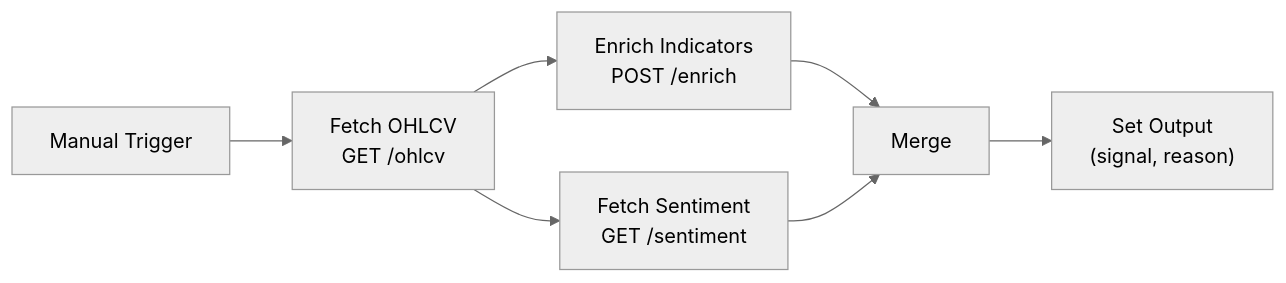
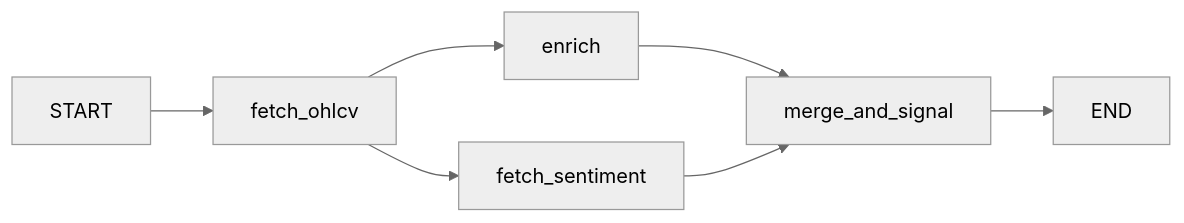
Before and after one commit to vaghblogger/stockAnalyser: the second of 7 diagrams in ARCHITECTURE.md, drawn with Mermaid (neutral theme). The commit also changed other lines of this file and 21 other files, not shown here.

First line of the commit message:
Sync docs and code: graph module, cache, API routes, static assets, CHANGE_SUMMARY

````diff
--- a/ARCHITECTURE.md
+++ b/ARCHITECTURE.md
@@ -84,9 +78,9 @@
 ```mermaid
 flowchart LR
-    T["Manual Trigger"] --> OHLCV["Fetch OHLCV\nGET /ohlcv"]
-    OHLCV --> Enrich["Enrich Indicators\nPOST /enrich"]
-    OHLCV --> Sentiment["Fetch Sentiment\nGET /sentiment"]
-    Enrich --> Merge["Merge"]
-    Sentiment --> Merge
-    Merge --> Out["Set Output\n(signal, reason)"]
+    Start[START] --> FetchOHLCV["fetch_ohlcv"]
+    FetchOHLCV --> Enrich["enrich"]
+    FetchOHLCV --> FetchSentiment["fetch_sentiment"]
+    Enrich --> Merge["merge_and_signal"]
+    FetchSentiment --> Merge
+    Merge --> End[END]
 ```
````
